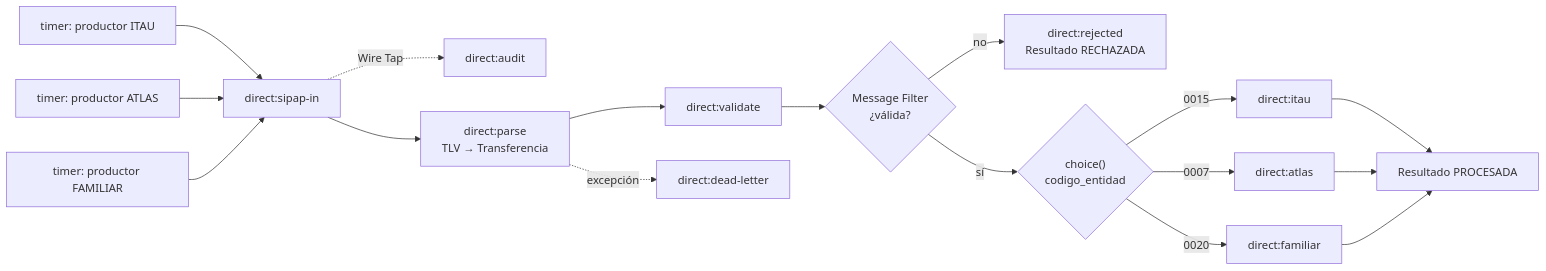
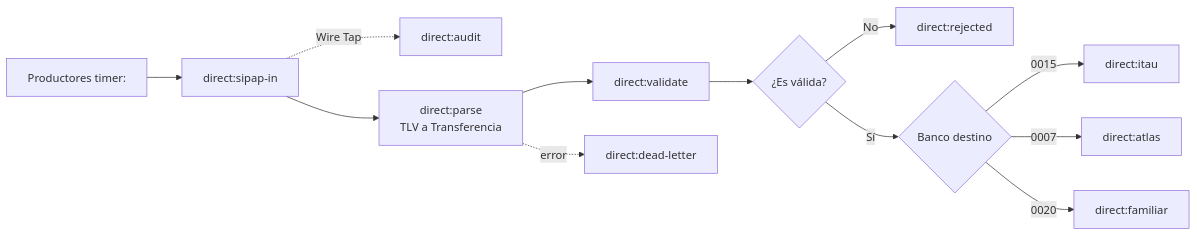
One commit to stban-ucom-py/sipap-camel changed the diagram in README.md. Above: the diagram before and after it, drawn with Mermaid. The commit also changed other lines of this file, not shown here.

````diff
--- a/README.md
+++ b/README.md
@@ -33,19 +61,14 @@
 ```mermaid
 flowchart LR
-    P1["timer: productor ITAU"] --> IN["direct:sipap-in"]
-    P2["timer: productor ATLAS"] --> IN
-    P3["timer: productor FAMILIAR"] --> IN
-    IN -. "Wire Tap" .-> AUD["direct:audit"]
-    IN --> PARSE["direct:parse\nTLV → Transferencia"]
-    PARSE --> VAL["direct:validate"]
-    PARSE -. "excepción" .-> DLQ["direct:dead-letter"]
-    VAL --> FILT{"Message Filter\n¿válida?"}
-    FILT -- "no" --> REJ["direct:rejected\nResultado RECHAZADA"]
-    FILT -- "sí" --> CBR{"choice()\ncodigo_entidad"}
-    CBR -- "0015" --> ITAU["direct:itau"]
-    CBR -- "0007" --> ATLAS["direct:atlas"]
-    CBR -- "0020" --> FAM["direct:familiar"]
-    ITAU --> OK["Resultado PROCESADA"]
-    ATLAS --> OK
-    FAM --> OK
+    P["Productores timer:"] --> I["direct:sipap-in"]
+    I -. "Wire Tap" .-> A["direct:audit"]
+    I --> T["direct:parse\nTLV a Transferencia"]
+    T --> V["direct:validate"]
+    T -. "error" .-> D["direct:dead-letter"]
+    V --> F{"¿Es válida?"}
+    F -- "No" --> R["direct:rejected"]
+    F -- "Sí" --> C{"Banco destino"}
+    C -- "0015" --> ITAU["direct:itau"]
+    C -- "0007" --> ATLAS["direct:atlas"]
+    C -- "0020" --> FAM["direct:familiar"]
 ```
````
